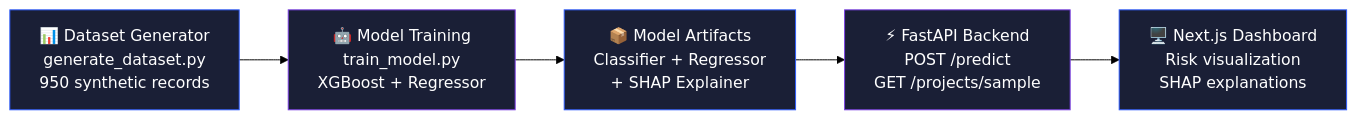
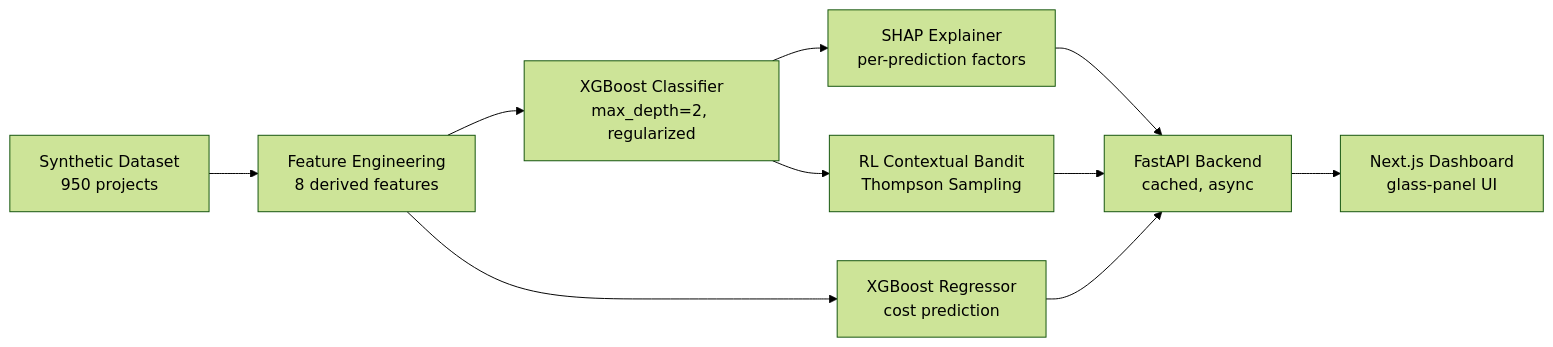
One commit to Dhusyanth209/delta changed the diagram in docs/README.md. Above: the diagram before and after it, drawn with Mermaid (forest theme). The commit also changed other lines of this file and 41 other files, not shown here.

````diff
--- a/docs/README.md
+++ b/docs/README.md
@@ -39,13 +24,12 @@
 ```mermaid
 graph LR
-    A["📊 Dataset Generator<br/>generate_dataset.py<br/>950 synthetic records"] --> B["🤖 Model Training<br/>train_model.py<br/>XGBoost + Regressor"]
-    B --> C["📦 Model Artifacts<br/>Classifier + Regressor<br/>+ SHAP Explainer"]
-    C --> D["⚡ FastAPI Backend<br/>POST /predict<br/>GET /projects/sample"]
-    D --> E["🖥️ Next.js Dashboard<br/>Risk visualization<br/>SHAP explanations"]
-    
-    style A fill:#1a1f36,stroke:#2E5CFF,color:#fff
-    style B fill:#1a1f36,stroke:#7B3FE4,color:#fff
-    style C fill:#1a1f36,stroke:#2E5CFF,color:#fff
-    style D fill:#1a1f36,stroke:#7B3FE4,color:#fff
-    style E fill:#1a1f36,stroke:#2E5CFF,color:#fff
+    A[Synthetic Dataset<br/>950 projects] --> B[Feature Engineering<br/>8 derived features]
+    B --> C[XGBoost Classifier<br/>max_depth=2, regularized]
+    B --> D[XGBoost Regressor<br/>cost prediction]
+    C --> E[SHAP Explainer<br/>per-prediction factors]
+    C --> F[RL Contextual Bandit<br/>Thompson Sampling]
+    E --> G[FastAPI Backend<br/>cached, async]
+    F --> G
+    D --> G
+    G --> H[Next.js Dashboard<br/>glass-panel UI]
 ```
````
